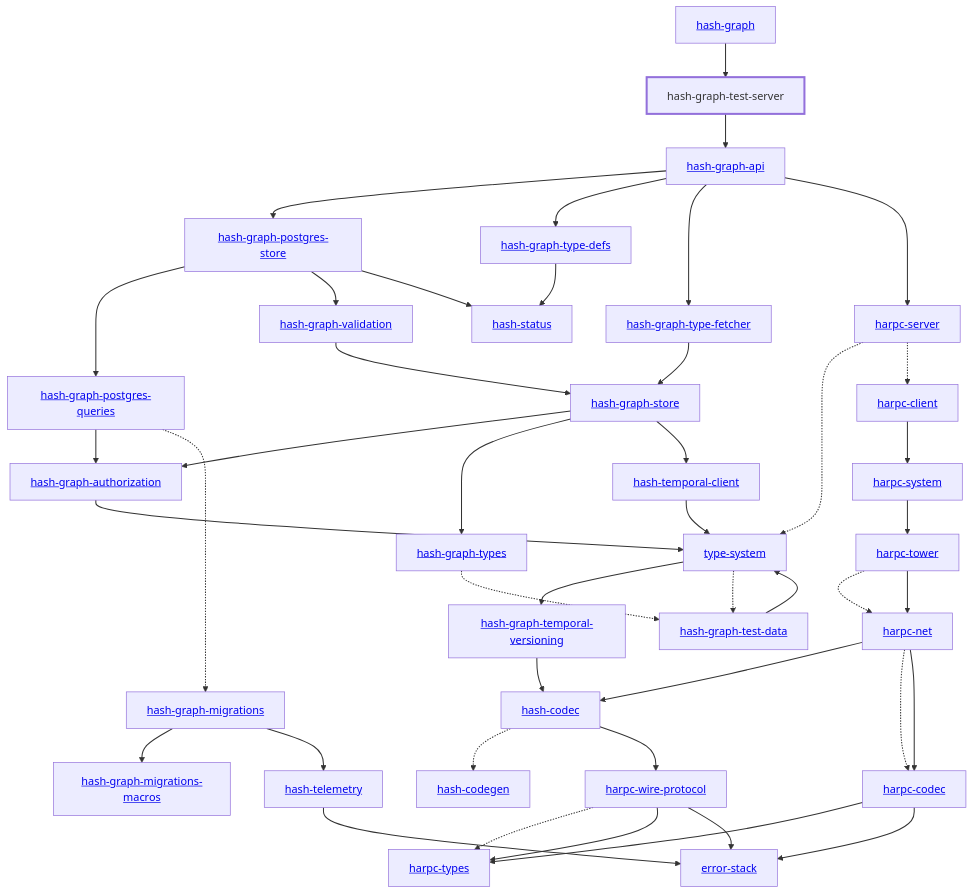
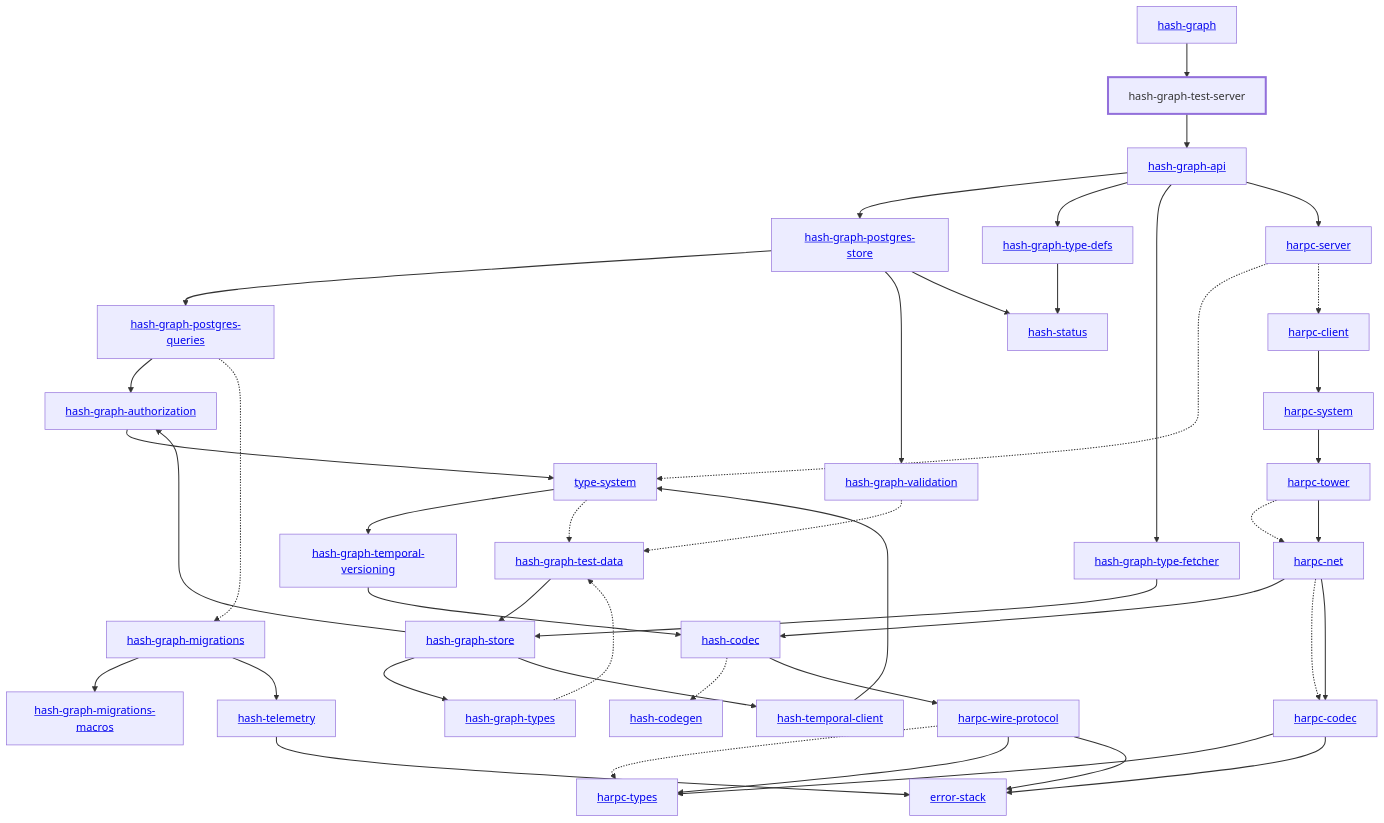
The diagram in libs/@local/graph/test-server/docs/dependency-diagram.mmd (hashintel/hash), drawn with Mermaid before and after one commit. The commit also changed 27 other files, not shown here.

```diff
--- a/libs/@local/graph/test-server/docs/dependency-diagram.mmd
+++ b/libs/@local/graph/test-server/docs/dependency-diagram.mmd
@@ -1,84 +1,84 @@
 graph TD
     linkStyle default stroke-width:1.5px
     classDef default stroke-width:1px
     classDef root stroke-width:3px
     classDef dev stroke-width:1px
     classDef build stroke-width:1px
     %% Legend
     %% --> : Normal dependency
     %% -.-> : Dev dependency
     %% ---> : Build dependency
     0[<a href="../hash_graph">hash-graph</a>]
     1[<a href="../type_system">type-system</a>]
     2[<a href="../hash_codec">hash-codec</a>]
     3[<a href="../hash_codegen">hash-codegen</a>]
     4[<a href="../hash_graph_api">hash-graph-api</a>]
     5[<a href="../hash_graph_authorization">hash-graph-authorization</a>]
     6[<a href="../hash_graph_migrations">hash-graph-migrations</a>]
     7[<a href="../hash_graph_migrations_macros">hash-graph-migrations-macros</a>]
     8[<a href="../hash_graph_postgres_queries">hash-graph-postgres-queries</a>]
     9[<a href="../hash_graph_postgres_store">hash-graph-postgres-store</a>]
     10[<a href="../hash_graph_store">hash-graph-store</a>]
     11[<a href="../hash_graph_temporal_versioning">hash-graph-temporal-versioning</a>]
     12[hash-graph-test-server]
     class 12 root
     13[<a href="../hash_graph_type_defs">hash-graph-type-defs</a>]
     14[<a href="../hash_graph_type_fetcher">hash-graph-type-fetcher</a>]
     15[<a href="../hash_graph_types">hash-graph-types</a>]
     16[<a href="../hash_graph_validation">hash-graph-validation</a>]
     17[<a href="../harpc_client">harpc-client</a>]
     18[<a href="../harpc_codec">harpc-codec</a>]
     19[<a href="../harpc_net">harpc-net</a>]
     20[<a href="../harpc_server">harpc-server</a>]
     21[<a href="../harpc_system">harpc-system</a>]
     22[<a href="../harpc_tower">harpc-tower</a>]
     23[<a href="../harpc_types">harpc-types</a>]
     24[<a href="../harpc_wire_protocol">harpc-wire-protocol</a>]
     25[<a href="../hash_status">hash-status</a>]
     26[<a href="../hash_telemetry">hash-telemetry</a>]
     27[<a href="../hash_temporal_client">hash-temporal-client</a>]
     28[<a href="../error_stack">error-stack</a>]
     29[<a href="../hash_graph_test_data">hash-graph-test-data</a>]
     0 --> 12
     1 --> 11
     1 -.-> 29
     2 -.-> 3
     2 --> 24
     4 --> 9
     4 --> 13
     4 --> 14
     4 --> 20
     5 --> 1
     6 --> 7
     6 --> 26
     8 --> 5
     8 -.-> 6
     9 --> 8
     9 --> 16
     9 --> 25
     10 --> 5
     10 --> 15
     10 --> 27
     11 --> 2
     12 --> 4
     13 --> 25
     14 --> 10
     15 -.-> 29
-    16 --> 10
+    16 -.-> 29
     17 --> 21
     18 --> 23
     18 --> 28
     19 --> 2
     19 -.-> 18
     19 --> 18
     20 -.-> 1
     20 -.-> 17
     21 --> 22
     22 -.-> 19
     22 --> 19
     24 -.-> 23
     24 --> 23
     24 --> 28
     26 --> 28
     27 --> 1
-    29 --> 1
+    29 --> 10
```
